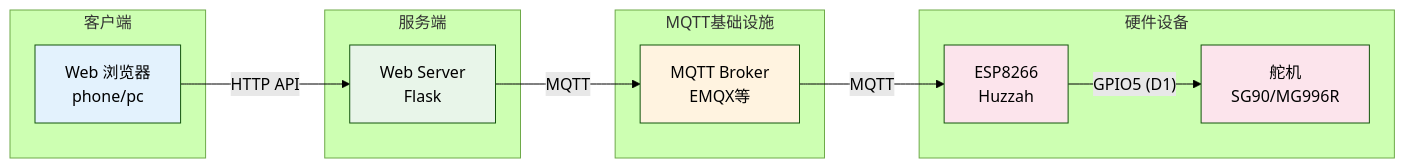
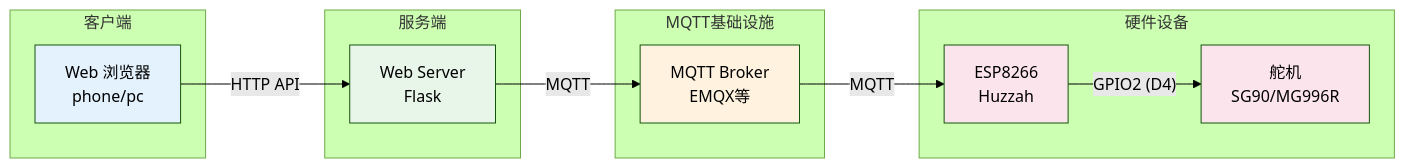
The diagram in README.md (DoLovya/door-clicker), drawn with Mermaid (forest theme) before and after one commit. The commit also changed other lines of this file and 2 other files, not shown here.

Commit message:
docs: 将舵机信号线引脚从GPIO5(D1)更新为GPIO2(D4)
同步更新所有相关文档的引脚映射信息，覆盖主README、固件README及MQTT协议文档，修正错误的引脚标注

````diff
--- a/README.md
+++ b/README.md
@@ -28,30 +28,30 @@
 ```mermaid
 graph LR
     subgraph 客户端
         A[Web 浏览器<br/>phone/pc]
     end
 
     subgraph 服务端
         B[Web Server<br/>Flask]
     end
 
     subgraph MQTT基础设施
         C[MQTT Broker<br/>EMQX等]
     end
 
     subgraph 硬件设备
         D[ESP8266<br/>Huzzah]
         E[舵机<br/>SG90/MG996R]
     end
 
     A -- "HTTP API" --> B
     B -- "MQTT" --> C
     C -- "MQTT" --> D
-    D -- "GPIO5 (D1)" --> E
+    D -- "GPIO2 (D4)" --> E
 
     style A fill:#e3f2fd
     style B fill:#e8f5e9
     style C fill:#fff3e0
     style D fill:#fce4ec
     style E fill:#fce4ec
 ```
````
